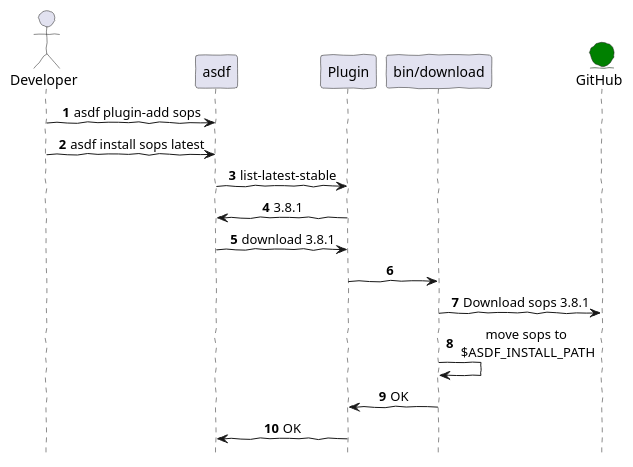
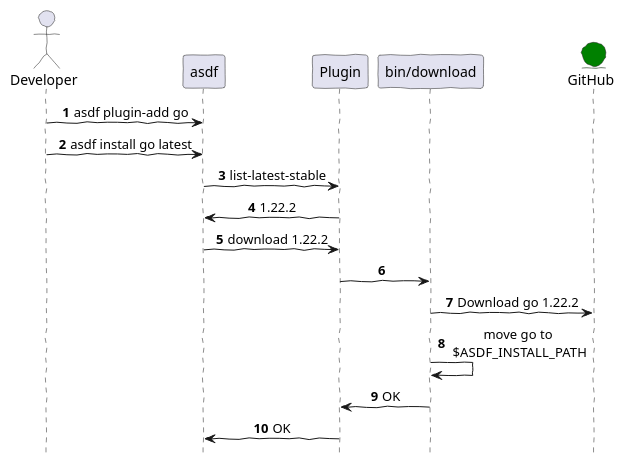
Before and after one commit to sylvainmetayer/talk-asdf: the diagram in diagrams/plugin-manager.puml, drawn with PlantUML. The commit also changed 51 other files, not shown here.

```diff
--- a/diagrams/plugin-manager.puml
+++ b/diagrams/plugin-manager.puml
@@ -1,24 +1,24 @@
 @startuml
 skinparam handwritten true
 skinparam sequenceMessageAlign center
 autonumber
 hide footbox
 
 actor       Developer       as user
 participant    asdf    as asdf
 participant    Plugin    as plugin
 participant    "bin/download"    as plugin_script
 entity    GitHub    as github order 100 #green
 
-user -> asdf: asdf plugin-add sops
-user -> asdf: asdf install sops latest
+user -> asdf: asdf plugin-add go
+user -> asdf: asdf install go latest
 asdf -> plugin: list-latest-stable
-plugin -> asdf: 3.8.1
-asdf -> plugin : download 3.8.1
+plugin -> asdf: 1.22.2
+asdf -> plugin : download 1.22.2
 plugin -> plugin_script
-plugin_script -> github: Download sops 3.8.1
-plugin_script -> plugin_script: move sops to\n $ASDF_INSTALL_PATH
+plugin_script -> github: Download go 1.22.2
+plugin_script -> plugin_script: move go to\n $ASDF_INSTALL_PATH
 plugin_script -> plugin: OK
 plugin -> asdf: OK
 
 @enduml
```
